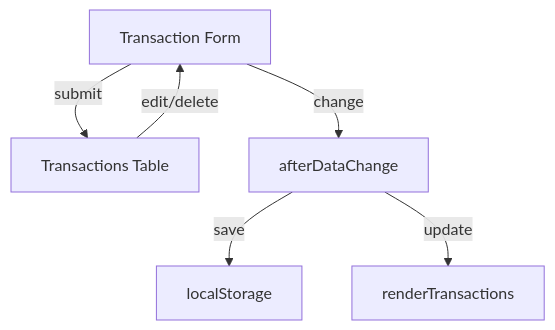
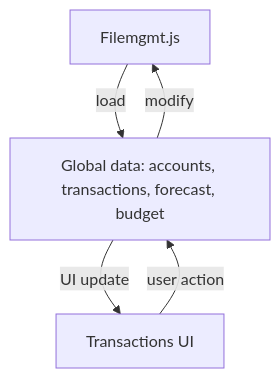
Before and after one commit to BicycleJeanre/ftrack: the diagram in Documentation/transactions.md, drawn with Mermaid. The commit also changed other lines of this file and 14 other files, not shown here.

First line of the commit message:
docs: update and clean documentation for unified file-based data storage

````diff
--- a/Documentation/transactions.md
+++ b/Documentation/transactions.md
@@ -18,8 +17,7 @@
 ```mermaid
 flowchart TD
-  Form[Transaction Form] -->|submit| Table[Transactions Table]
-  Table -->|edit/delete| Form
-  Form -->|change| afterDataChange
-  afterDataChange -->|save| localStorage
-  afterDataChange -->|update| renderTransactions
+  Filemgmt[Filemgmt.js] -->|load| AppData[Global data: accounts, transactions, forecast, budget]
+  AppData -->|modify| Filemgmt
+  AppData -->|UI update| TransactionsPage[Transactions UI]
+  TransactionsPage -->|user action| AppData
 ```
````
